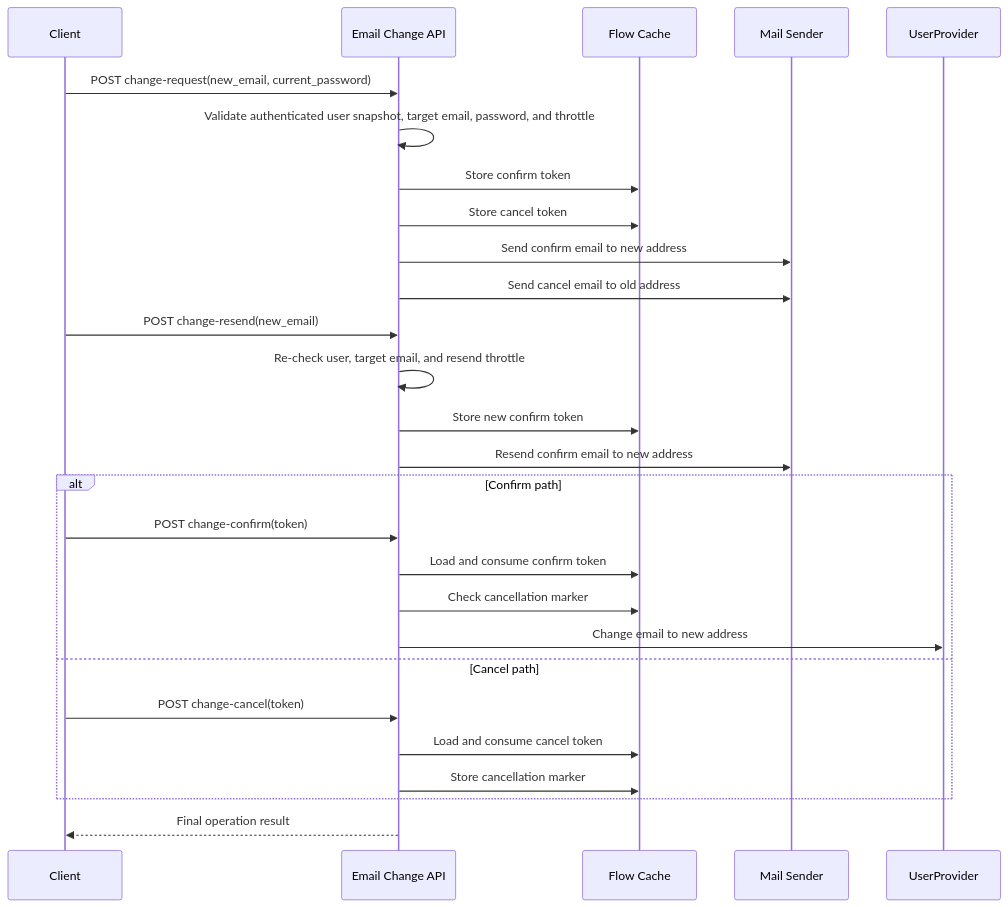
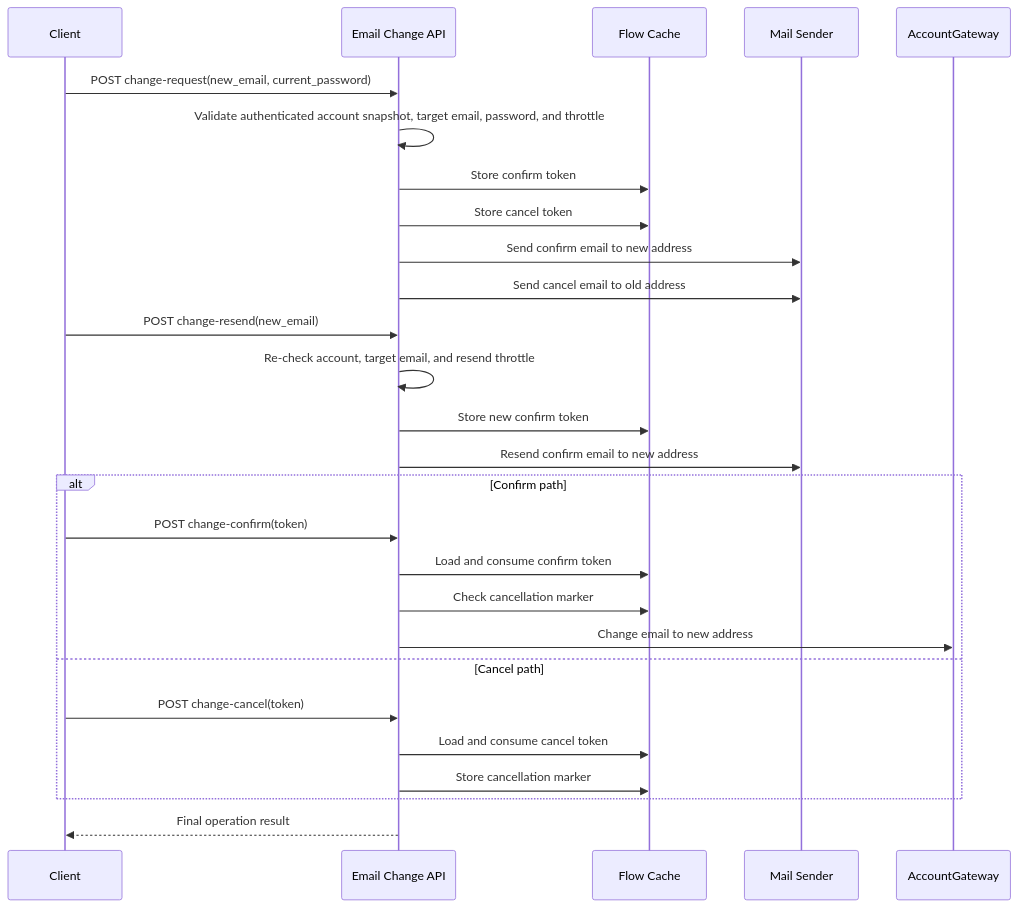
The fourth of 4 diagrams in module/email/README.md (hydroan/gst), drawn with Mermaid before and after one commit. The commit also changed other lines of this file and 16 other files, not shown here.

Commit message:
refactor(module/email): rename user provider to account gateway

````diff
--- a/module/email/README.md
+++ b/module/email/README.md
@@ -129,30 +129,30 @@
 ```mermaid
 sequenceDiagram
     participant Client
     participant API as Email Change API
     participant Cache as Flow Cache
     participant Mail as Mail Sender
-    participant User as UserProvider
+    participant Account as AccountGateway
 
     Client->>API: POST change-request(new_email, current_password)
-    API->>API: Validate authenticated user snapshot, target email, password, and throttle
+    API->>API: Validate authenticated account snapshot, target email, password, and throttle
     API->>Cache: Store confirm token
     API->>Cache: Store cancel token
     API->>Mail: Send confirm email to new address
     API->>Mail: Send cancel email to old address
     Client->>API: POST change-resend(new_email)
-    API->>API: Re-check user, target email, and resend throttle
+    API->>API: Re-check account, target email, and resend throttle
     API->>Cache: Store new confirm token
     API->>Mail: Resend confirm email to new address
     alt Confirm path
         Client->>API: POST change-confirm(token)
         API->>Cache: Load and consume confirm token
         API->>Cache: Check cancellation marker
-        API->>User: Change email to new address
+        API->>Account: Change email to new address
     else Cancel path
         Client->>API: POST change-cancel(token)
         API->>Cache: Load and consume cancel token
         API->>Cache: Store cancellation marker
     end
     API-->>Client: Final operation result
 ```
````
